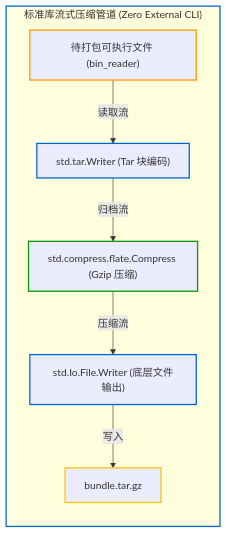
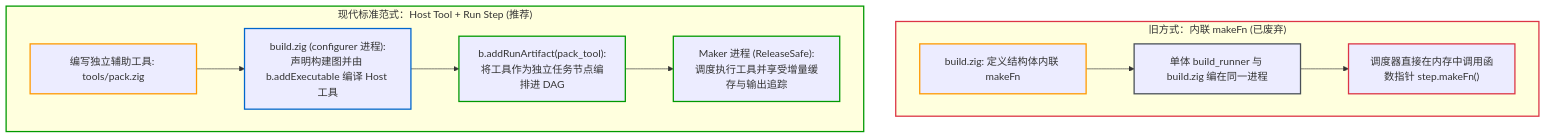
One commit to jiacai2050/x changed the first of 2 diagrams in zig-build/src/api/custom-steps.md. Above: the diagram before and after it, drawn with Mermaid. The commit also changed other lines of this file and 31 other files, not shown here.

Commit message:
zig-build upgrade to 0.17

````diff
--- a/zig-build/src/api/custom-steps.md
+++ b/zig-build/src/api/custom-steps.md
@@ -38,23 +22,29 @@
 ```mermaid
-flowchart LR
-    subgraph S_Pipeline ["标准库流式压缩管道 (Zero External CLI)"]
-        F_Bin["待打包可执行文件 (bin_reader)"]
-        W_Tar["std.tar.Writer (Tar 块编码)"]
-        W_Gz["std.compress.flate.Compress (Gzip 压缩)"]
-        W_File["std.Io.File.Writer (底层文件输出)"]
-        F_Out["bundle.tar.gz"]
-
-        F_Bin -- "读取流" --> W_Tar
-        W_Tar -- "归档流" --> W_Gz
-        W_Gz -- "压缩流" --> W_File
-        W_File -- "写入" --> F_Out
+flowchart TD
+    subgraph Legacy ["旧方式：内联 makeFn (已废弃)"]
+        L_Build["build.zig: 定义结构体内联 makeFn"]
+        L_Runner["单体 build_runner 与 build.zig 编在同一进程"]
+        L_Call["调度器直接在内存中调用函数指针 step.makeFn()"]
+        L_Build --> L_Runner --> L_Call
     end
 
-    classDef default stroke:#495057;
-    style S_Pipeline stroke:#0066cc,stroke-width:2px;
-    style F_Bin stroke:#ff9900,stroke-width:2px;
-    style W_Tar stroke:#0066cc,stroke-width:2px;
-    style W_Gz stroke:#009900,stroke-width:2px;
-    style W_File stroke:#0066cc,stroke-width:2px;
-    style F_Out stroke:#ffc107,stroke-width:2px;
+    subgraph Modern ["现代标准范式：Host Tool + Run Step (推荐)"]
+        M_Tool["编写独立辅助工具: tools/pack.zig"]
+        M_Conf["build.zig (configurer 进程):<br/>声明构建图并由 b.addExecutable 编译 Host 工具"]
+        M_Run["b.addRunArtifact(pack_tool):<br/>将工具作为独立任务节点编排进 DAG"]
+        M_Maker["Maker 进程 (ReleaseSafe):<br/>调度执行工具并享受增量缓存与输出追踪"]
+
+        M_Tool --> M_Conf
+        M_Conf --> M_Run --> M_Maker
+    end
+
+    style Legacy stroke:#dc3545,stroke-width:2px;
+    style Modern stroke:#009900,stroke-width:2px;
+    style L_Build stroke:#ff9900,stroke-width:2px;
+    style L_Runner stroke:#495057,stroke-width:2px;
+    style L_Call stroke:#dc3545,stroke-width:2px;
+    style M_Tool stroke:#ff9900,stroke-width:2px;
+    style M_Conf stroke:#0066cc,stroke-width:2px;
+    style M_Run stroke:#009900,stroke-width:2px;
+    style M_Maker stroke:#009900,stroke-width:2px;
 ```
````
